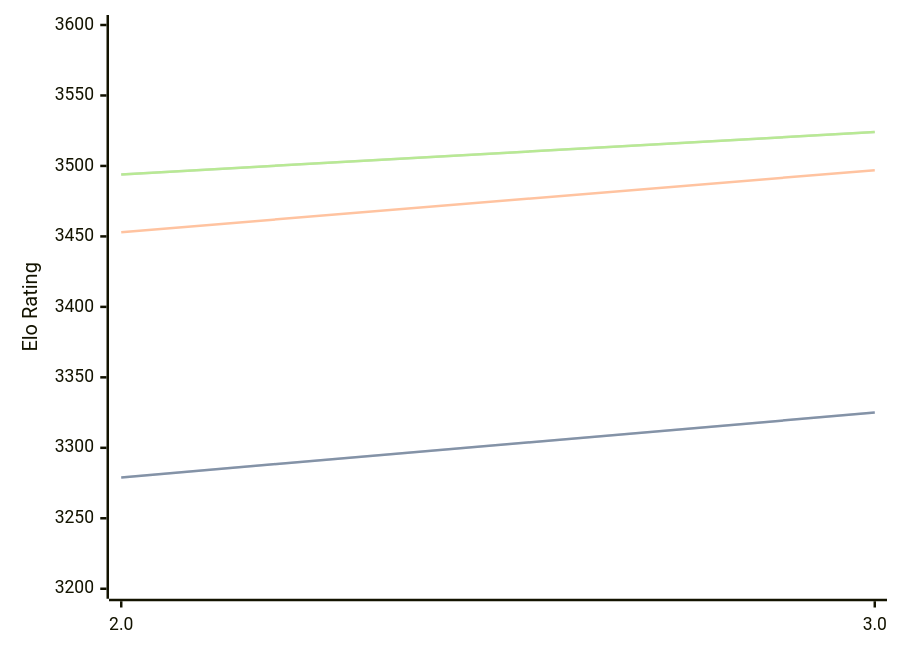
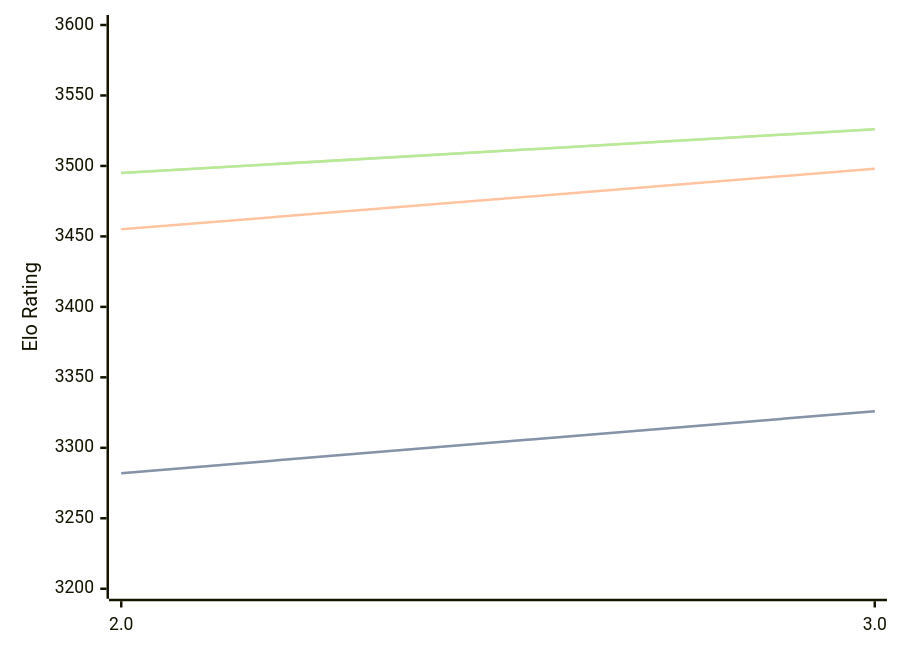
The diagram in engines/Quanticade.md (computer-chess-index/cci), drawn with Mermaid before and after one commit. The commit also changed other lines of this file, not shown here.

Commit message:
Update CCI Ratings (ELO VLTC) - 2026-06-11

````diff
--- a/engines/Quanticade.md
+++ b/engines/Quanticade.md
@@ -41,11 +41,11 @@
 ```mermaid
 %%{init: {"theme":"base","themeVariables":{"seriesColors:['#a3a3a3','#222221','#faa371']}}}%%
 xychart-beta
   x-axis ["2.0", "3.0"]
   y-axis "Elo Rating" 3200 --> 3600
-  line "STC (8.0+0.08s)" [3279, 3325]
-  line "STC (8.0+0.08s)" [3279, 3325]
-  line "LTC (60.0+0.60s)" [3453, 3497]
-  line "VLTC (2m24s+1.12s)" [3494, 3524]
-  line "VLTC (2m24s+1.12s)" [3494, 3524]
+  line "STC (8.0+0.08s)" [3282, 3326]
+  line "STC (8.0+0.08s)" [3282, 3326]
+  line "LTC (60.0+0.60s)" [3455, 3498]
+  line "VLTC (2m24s+1.12s)" [3495, 3526]
+  line "VLTC (2m24s+1.12s)" [3495, 3526]
 ```
````
